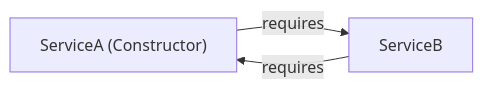
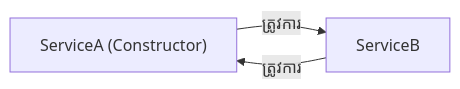
Before and after one commit to sakousa856-sketch/java-spring-for-developers-khmer: the first of 2 diagrams in 03-spring-framework/23-circular-dependencies-resolution/README.md, drawn with Mermaid. The commit also changed other lines of this file and 290 other files, not shown here.

````diff
--- a/03-spring-framework/23-circular-dependencies-resolution/README.md
+++ b/03-spring-framework/23-circular-dependencies-resolution/README.md
@@ -28,5 +26,6 @@
 ```mermaid
 flowchart LR
-    A["ServiceA (Constructor)"] -->|requires| B["ServiceB"]
-    B -->|requires| A
+    A["ServiceA (Constructor)"] -->|ត្រូវការ| B["ServiceB"]
+    B -->|ត្រូវការ| A
+
 ```
````
